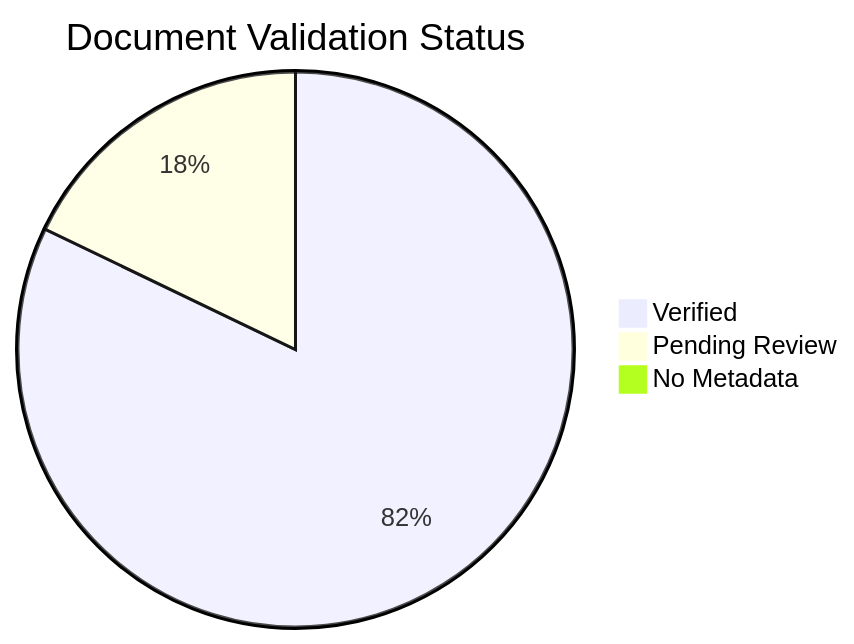
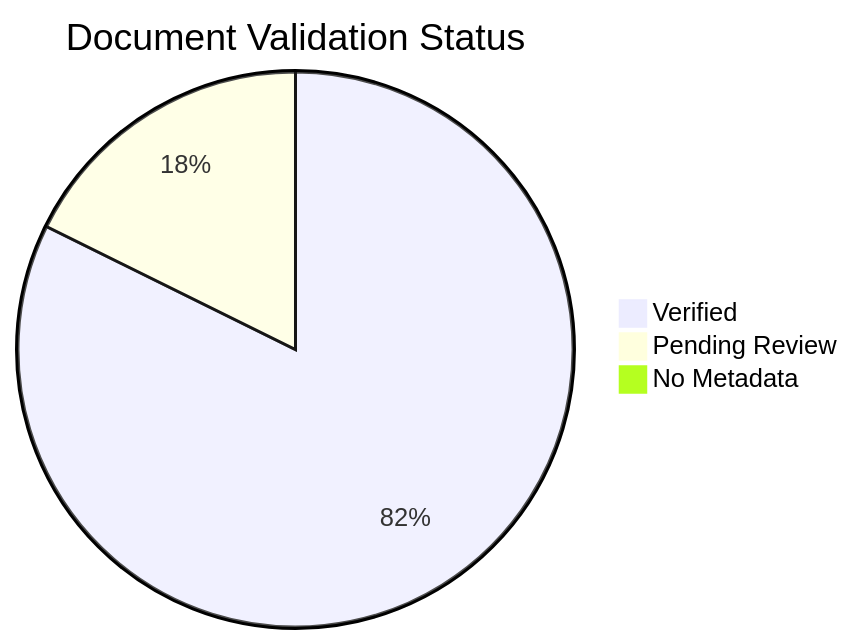
The diagram in docs/reference/content-validation-status.md (yeongseon/azure-container-apps-practical-guide), drawn with Mermaid before and after one commit. The commit also changed other lines of this file and 5 other files, not shown here.

````diff
--- a/docs/reference/content-validation-status.md
+++ b/docs/reference/content-validation-status.md
@@ -35,6 +35,6 @@
 ```mermaid
 pie title Document Validation Status
-    "Verified" : 170
+    "Verified" : 172
     "Pending Review" : 37
     "No Metadata" : 1
 ```
````
